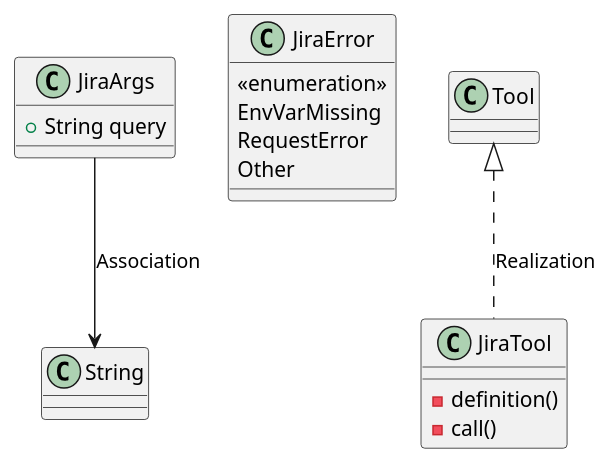
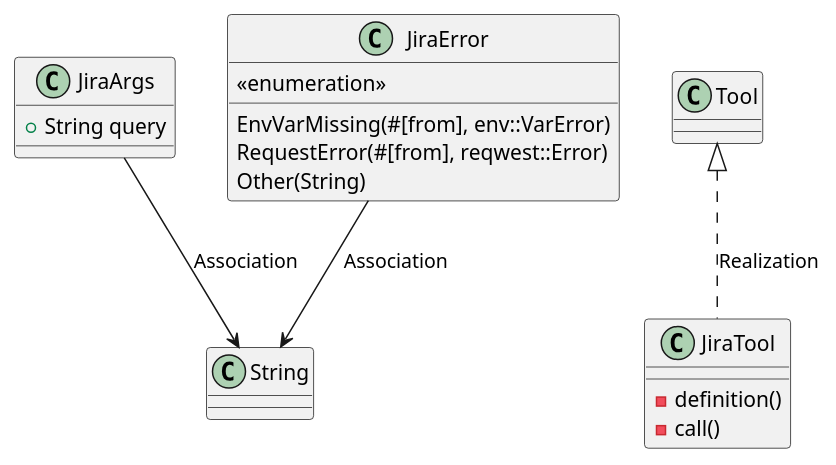
Before and after one commit to lgcorzo/fastapi-autogen-team: the first of 2 diagrams in openwiki/modules/src/infrastructure/tools/jira.md, drawn with PlantUML. The commit also changed other lines of this file and 35 other files, not shown here.

````diff
--- a/openwiki/modules/src/infrastructure/tools/jira.md
+++ b/openwiki/modules/src/infrastructure/tools/jira.md
@@ -29,19 +29,20 @@
 ```plantuml
 @startuml
     class JiraArgs {
         +String query
     }
     class JiraError {
         <<enumeration>>
-        EnvVarMissing
-        RequestError
-        Other
+        EnvVarMissing(#[from], env::VarError)
+        RequestError(#[from], reqwest::Error)
+        Other(String)
     }
     class JiraTool {
         -definition()
         -call()
     }
     JiraArgs --> String : Association
+    JiraError --> String : Association
     Tool <|.. JiraTool : Realization
 @enduml
 ```
````
